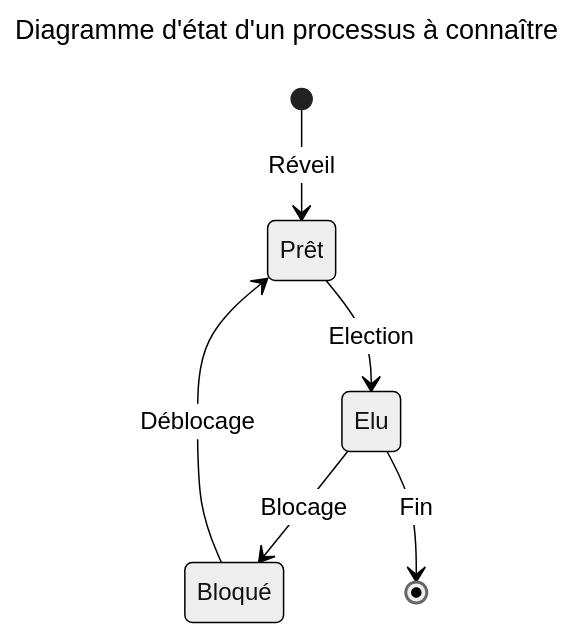
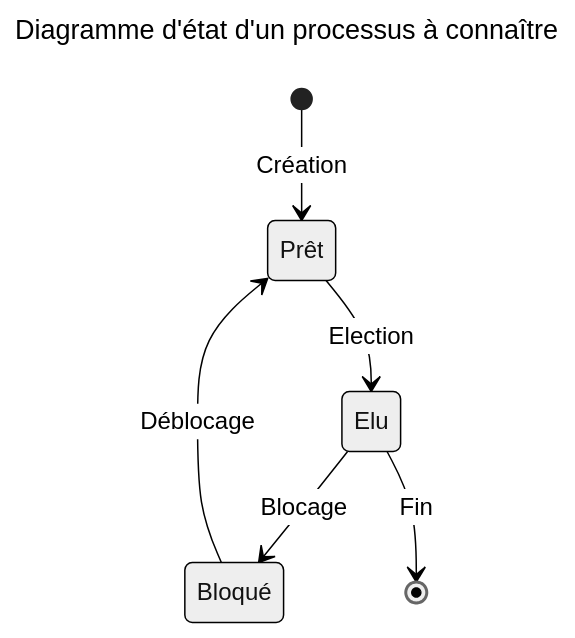
The first of 7 diagrams in docs/terminale/processus/index.md (MMarchand-NSI/MMarchand-NSI.github.io), drawn with Mermaid (neutral theme) before and after one commit. The commit also changed other lines of this file and 1 other file, not shown here.

````diff
--- a/docs/terminale/processus/index.md
+++ b/docs/terminale/processus/index.md
@@ -32,11 +32,11 @@
     ```mermaid
     ---
     title: Diagramme d'état d'un processus à connaître
     ---
     stateDiagram-v2
-        [*] --> Prêt : Réveil
+        [*] --> Prêt : Création
         Prêt --> Elu : Election
         Elu --> Bloqué : Blocage
         Elu --> [*] : Fin
         Bloqué-->Prêt : Déblocage
     ```
````
